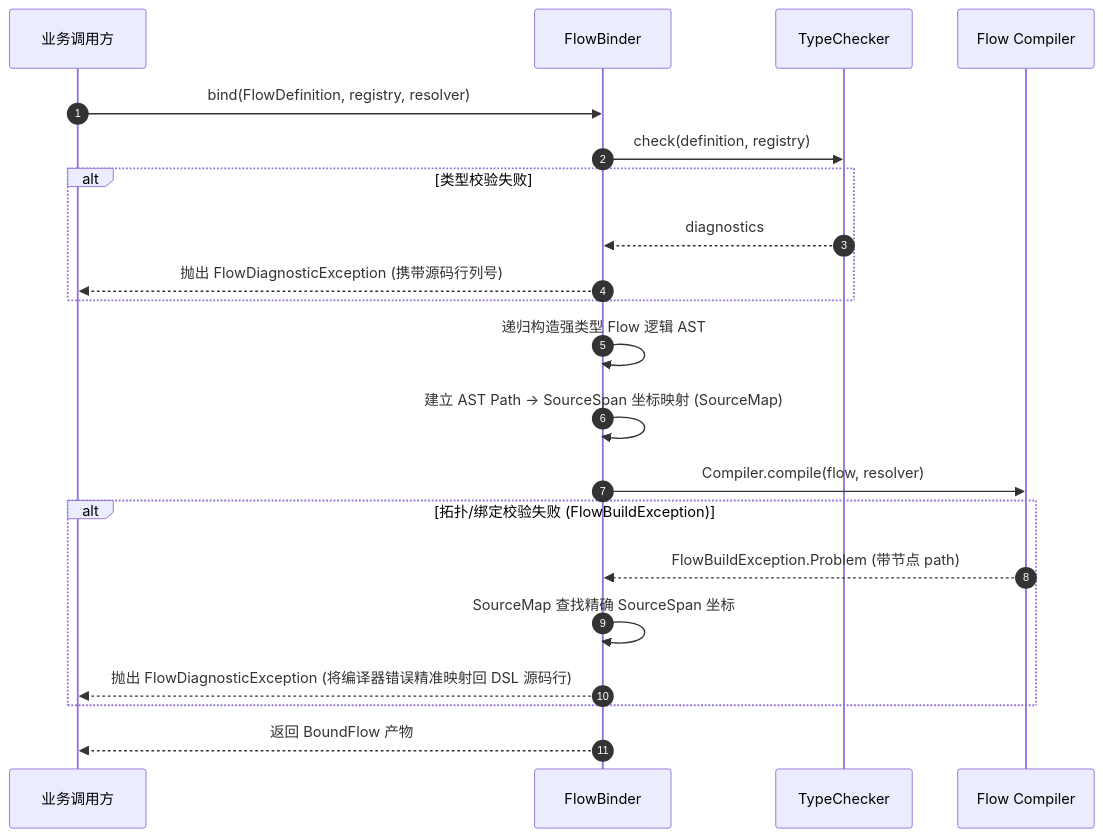
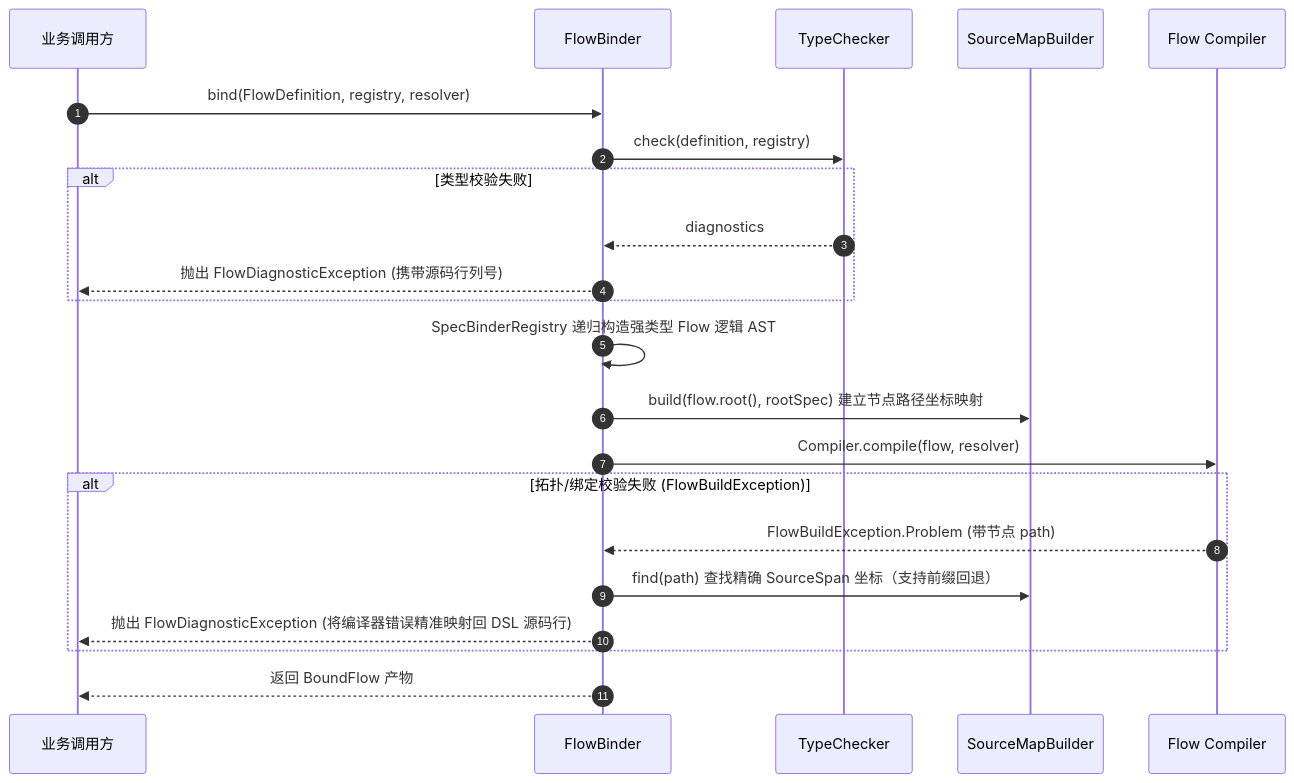
The fifth of 5 diagrams in docs/flow/flow-definition.md (team4u/team4u-framework), drawn with Mermaid before and after one commit. The commit also changed other lines of this file and 24 other files, not shown here.

Commit message:
refactor(flow-definition): decouple binders and checkers with KeyedPolicyRegistry and ConfigMapReader

````diff
--- a/docs/flow/flow-definition.md
+++ b/docs/flow/flow-definition.md
@@ -292,27 +327,28 @@
 ```mermaid
 sequenceDiagram
     autonumber
     participant App as 业务调用方
     participant Binder as FlowBinder
     participant Checker as TypeChecker
+    participant SM as SourceMapBuilder
     participant Compiler as Flow Compiler
     
     App->>Binder: bind(FlowDefinition, registry, resolver)
     Binder->>Checker: check(definition, registry)
     alt 类型校验失败
         Checker-->>Binder: diagnostics
         Binder-->>App: 抛出 FlowDiagnosticException (携带源码行列号)
     end
     
-    Binder->>Binder: 递归构造强类型 Flow 逻辑 AST
-    Binder->>Binder: 建立 AST Path -> SourceSpan 坐标映射 (SourceMap)
+    Binder->>Binder: SpecBinderRegistry 递归构造强类型 Flow 逻辑 AST
+    Binder->>SM: build(flow.root(), rootSpec) 建立节点路径坐标映射
     
     Binder->>Compiler: Compiler.compile(flow, resolver)
     alt 拓扑/绑定校验失败 (FlowBuildException)
         Compiler-->>Binder: FlowBuildException.Problem (带节点 path)
-        Binder->>Binder: SourceMap 查找精确 SourceSpan 坐标
+        Binder->>SM: find(path) 查找精确 SourceSpan 坐标（支持前缀回退）
         Binder-->>App: 抛出 FlowDiagnosticException (将编译器错误精准映射回 DSL 源码行)
     end
     
     Binder-->>App: 返回 BoundFlow 产物
 ```
````
